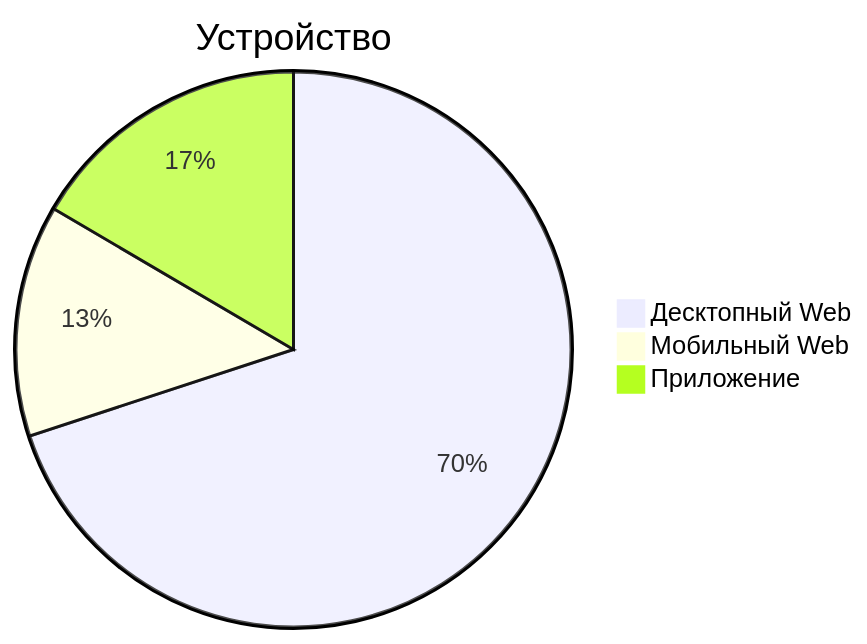
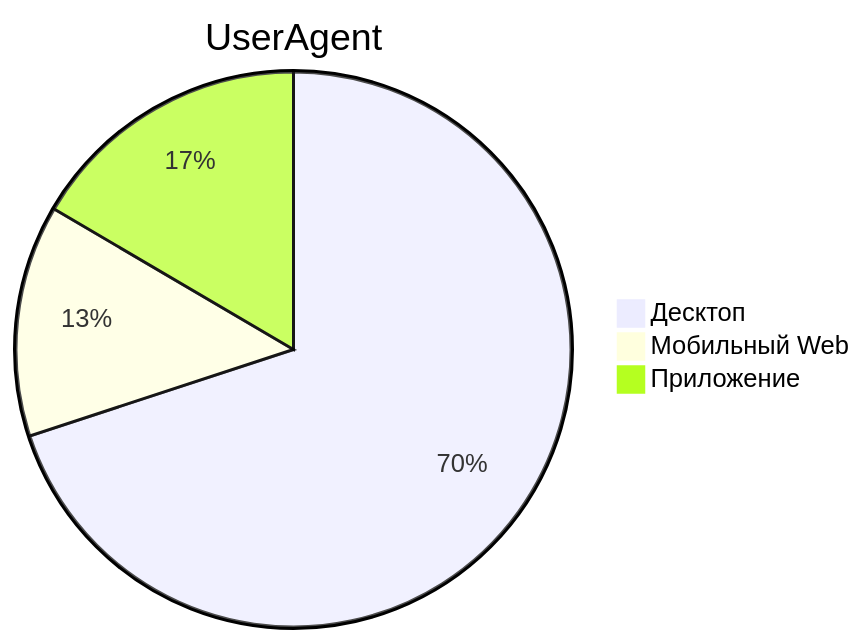
One commit to DeDxYk594/highload-google-cloud changed the third of 4 diagrams in README.md. Above: the diagram before and after it, drawn with Mermaid. The commit also changed other lines of this file, not shown here.

Commit message:
Расчёт ЦА, диаграммы

````diff
--- a/README.md
+++ b/README.md
@@ -38,6 +104,6 @@
 ```mermaid
-pie title Устройство
-    "Десктопный Web" : 1991
+pie title UserAgent
+    "Десктоп" : 1991
     "Мобильный Web" : 384
     "Приложение" : 471
 ```
````
